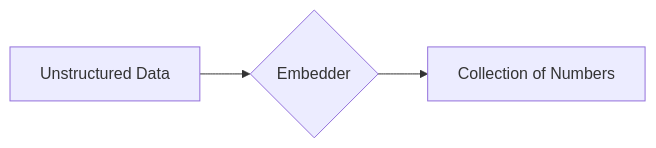
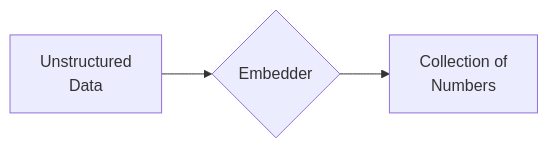
Before and after one commit to iamviveksrk/embeddings_demo: the diagram in index.qmd, drawn with Mermaid. The commit also changed 2 other files, not shown here.

Commit message:
added linebreak to mermaid diagram

````diff
--- a/index.qmd
+++ b/index.qmd
@@ -46,6 +46,6 @@
 ```{mermaid}
 %%| mermaid-format: svg
 flowchart LR
-  A[Unstructured Data] -->  C{Embedder}
-  C --> D[Collection of Numbers]
+  A[Unstructured <br> Data] -->  C{Embedder}
+  C --> D[Collection of <br> Numbers]
 ```
````
